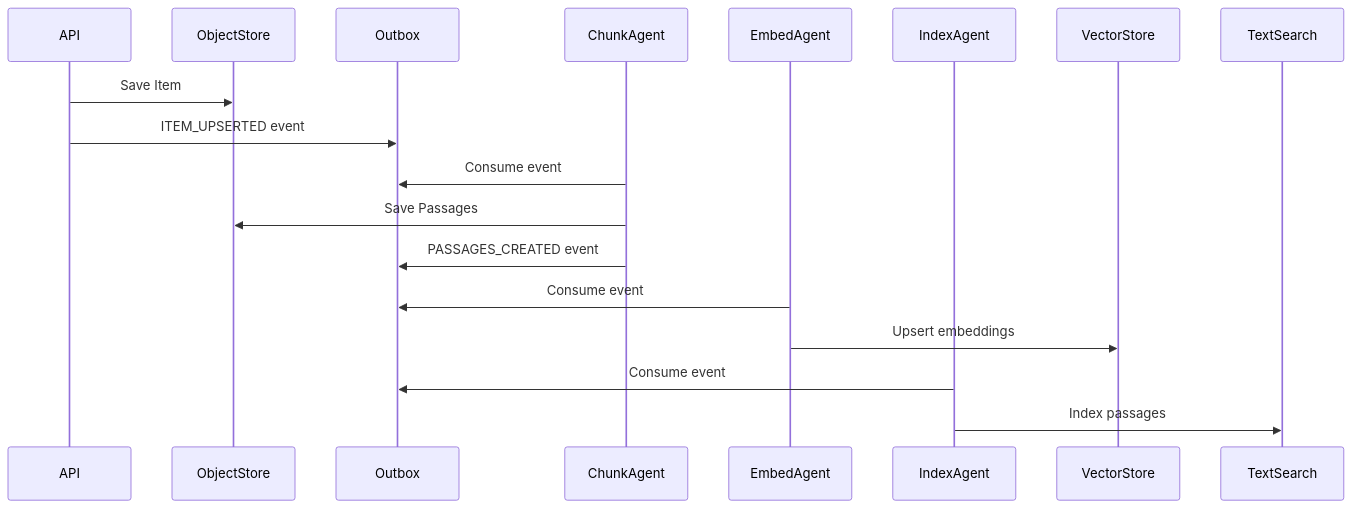
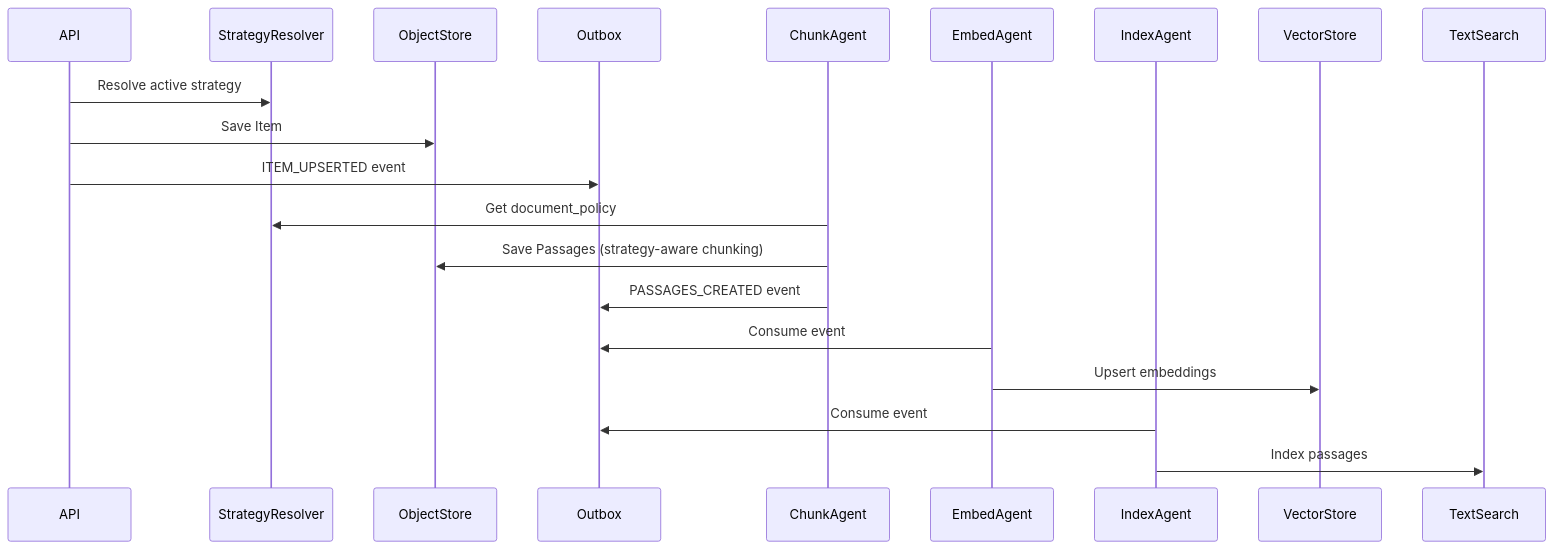
Before and after one commit to cogmemai/cogmem-kos: the first of 3 diagrams in docs/architecture/overview.mdx, drawn with Mermaid. The commit also changed other lines of this file and 46 other files, not shown here.

````diff
--- a/docs/architecture/overview.mdx
+++ b/docs/architecture/overview.mdx
@@ -53,19 +68,21 @@
 ```mermaid
 sequenceDiagram
     participant API
+    participant StrategyResolver
     participant ObjectStore
     participant Outbox
     participant ChunkAgent
     participant EmbedAgent
     participant IndexAgent
 
+    API->>StrategyResolver: Resolve active strategy
     API->>ObjectStore: Save Item
     API->>Outbox: ITEM_UPSERTED event
-    ChunkAgent->>Outbox: Consume event
-    ChunkAgent->>ObjectStore: Save Passages
+    ChunkAgent->>StrategyResolver: Get document_policy
+    ChunkAgent->>ObjectStore: Save Passages (strategy-aware chunking)
     ChunkAgent->>Outbox: PASSAGES_CREATED event
     EmbedAgent->>Outbox: Consume event
     EmbedAgent->>VectorStore: Upsert embeddings
     IndexAgent->>Outbox: Consume event
     IndexAgent->>TextSearch: Index passages
 ```
````
